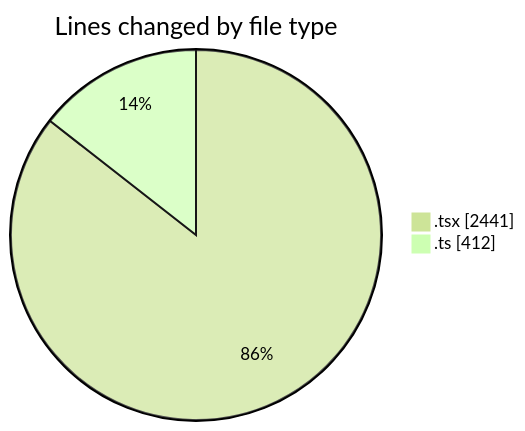
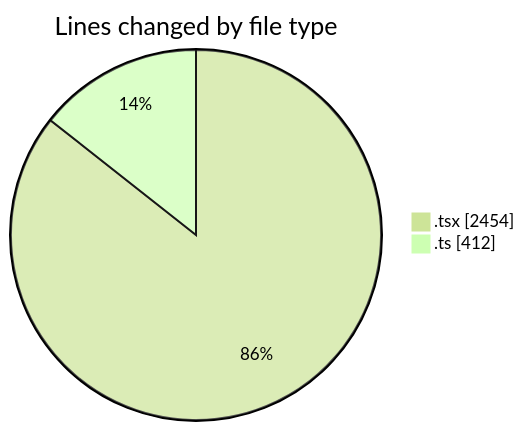
One commit to robertbonfada/code-tracking changed the first of 2 diagrams in 2025-03-17/audiobooks-web/README.md. Above: the diagram before and after it, drawn with Mermaid (forest theme). The commit also changed other lines of this file and 1 other file, not shown here.

````diff
--- a/2025-03-17/audiobooks-web/README.md
+++ b/2025-03-17/audiobooks-web/README.md
@@ -33,6 +33,6 @@
 ```mermaid
 pie showData
 title Lines changed by file type
-".tsx" : 2441
+".tsx" : 2454
 ".ts" : 412
 ```
````
